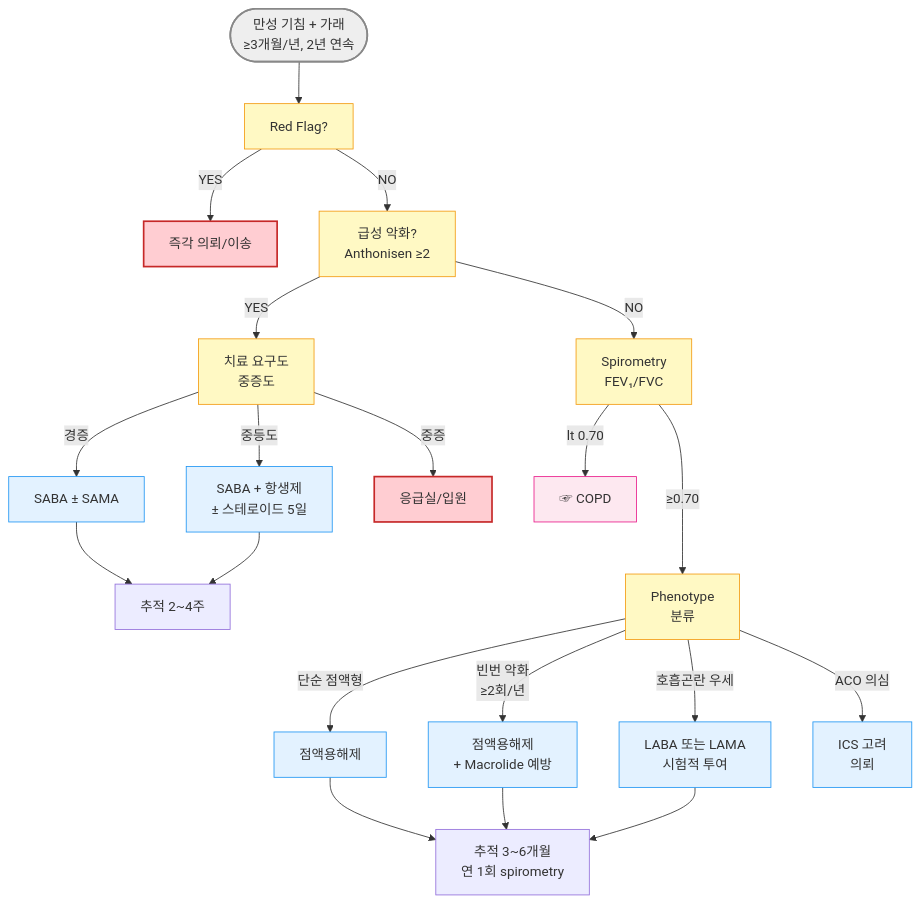
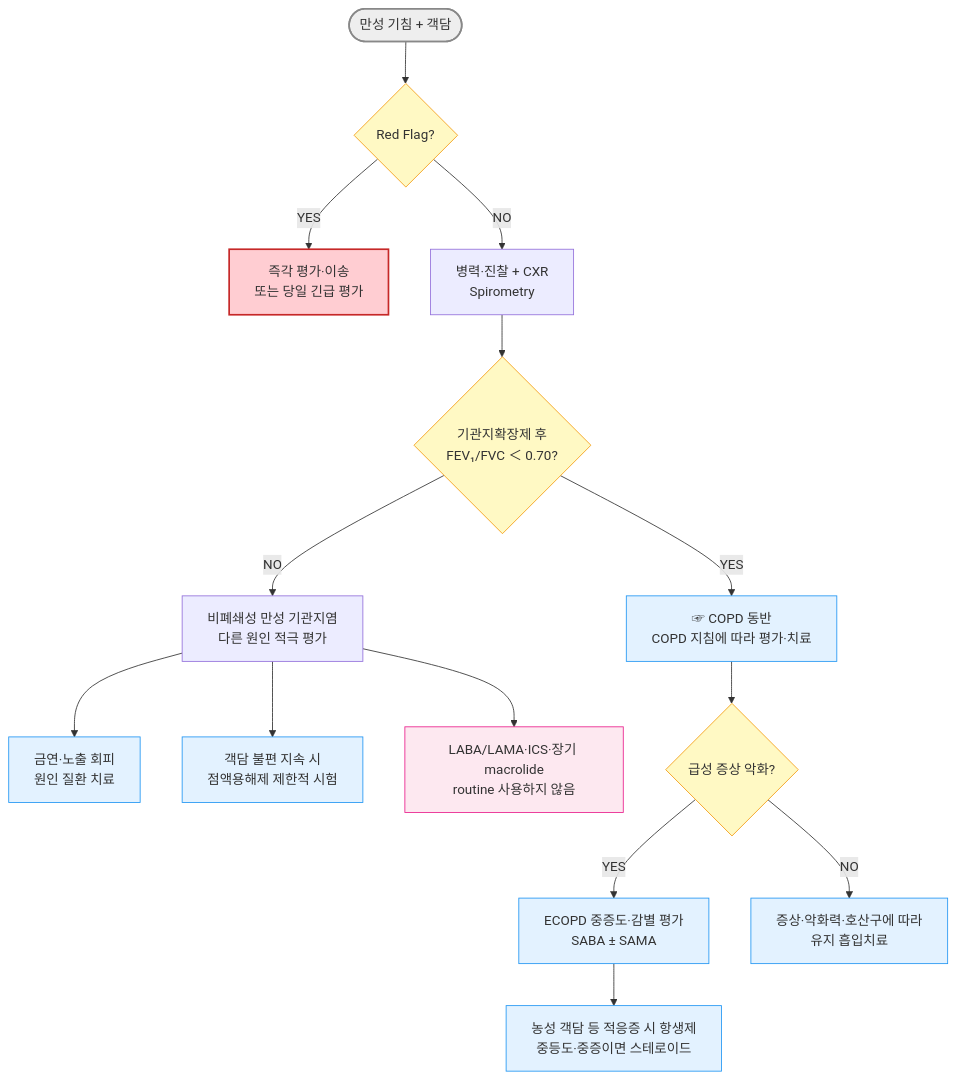
One commit to familyoh77/familyoh77 changed the diagram in 223_/067_-chronic-bronchitis.md. Above: the diagram before and after it, drawn with Mermaid. The commit also changed other lines of this file and 7 other files, not shown here.

````diff
--- a/223_/067_-chronic-bronchitis.md
+++ b/223_/067_-chronic-bronchitis.md
@@ -78,30 +84,24 @@
 ```mermaid
 graph TD
-    A([만성 기침 + 가래<br/>≥3개월/년, 2년 연속]) --> B[Red Flag?]
-    B -- YES --> C[즉각 의뢰/이송]
-    B -- NO --> D[급성 악화?<br/>Anthonisen ≥2]
-    D -- YES --> E[치료 요구도<br/>중증도]
-    E -- 경증 --> F[SABA ± SAMA]
-    E -- 중등도 --> G[SABA + 항생제<br/>± 스테로이드 5일]
-    E -- 중증 --> H[응급실/입원]
-    D -- NO --> I[Spirometry<br/>FEV₁/FVC]
-    I -- lt 0.70 --> J[☞ COPD]
-    I -- ≥0.70 ---> K[Phenotype<br/>분류]
-    K -- 단순 점액형 --> L[점액용해제]
-    K -- 빈번 악화<br/>≥2회/년 --> M[점액용해제<br/>+ Macrolide 예방]
-    K -- 호흡곤란 우세 --> N[LABA 또는 LAMA<br/>시험적 투여]
-    K -- ACO 의심 --> O[ICS 고려<br/>의뢰]
-    F --> P[추적 2~4주]
-    G --> P
-    L --> Q[추적 3~6개월<br/>연 1회 spirometry]
-    M --> Q
-    N --> Q
+    A([만성 기침 + 객담]) --> B{Red Flag?}
+    B -- YES --> C[즉각 평가·이송<br/>또는 당일 긴급 평가]
+    B -- NO --> D[병력·진찰 + CXR<br/>Spirometry]
+    D --> E{기관지확장제 후<br/>FEV₁/FVC ＜ 0.70?}
+    E -- YES --> F[☞ COPD 동반<br/>COPD 지침에 따라 평가·치료]
+    E -- NO --> G[비폐쇄성 만성 기관지염<br/>다른 원인 적극 평가]
+    G --> H[금연·노출 회피<br/>원인 질환 치료]
+    G --> I[객담 불편 지속 시<br/>점액용해제 제한적 시험]
+    G --> J[LABA/LAMA·ICS·장기 macrolide<br/>routine 사용하지 않음]
+    F --> K{급성 증상 악화?}
+    K -- YES --> L[ECOPD 중증도·감별 평가<br/>SABA ± SAMA]
+    K -- NO --> M[증상·악화력·호산구에 따라<br/>유지 흡입치료]
+    L --> N[농성 객담 등 적응증 시 항생제<br/>중등도·중증이면 스테로이드]
 style A fill:#eeeeee,stroke:#888888,stroke-width:2px
 classDef yellow fill:#fff9c4,stroke:#f39c12
-class B,D,E,I,K yellow
+class B,E,K yellow
 classDef L_red fill:#ffcdd2,stroke:#c62828,stroke-width:2px
-class C,H L_red
+class C L_red
 classDef sky fill:#e3f2ff,stroke:#2196f3
-class F,G,M,L,N,O sky
+class F,H,I,L,M,N sky
 style J fill:#fde8f0,stroke:#e91e8c
 ```
````
